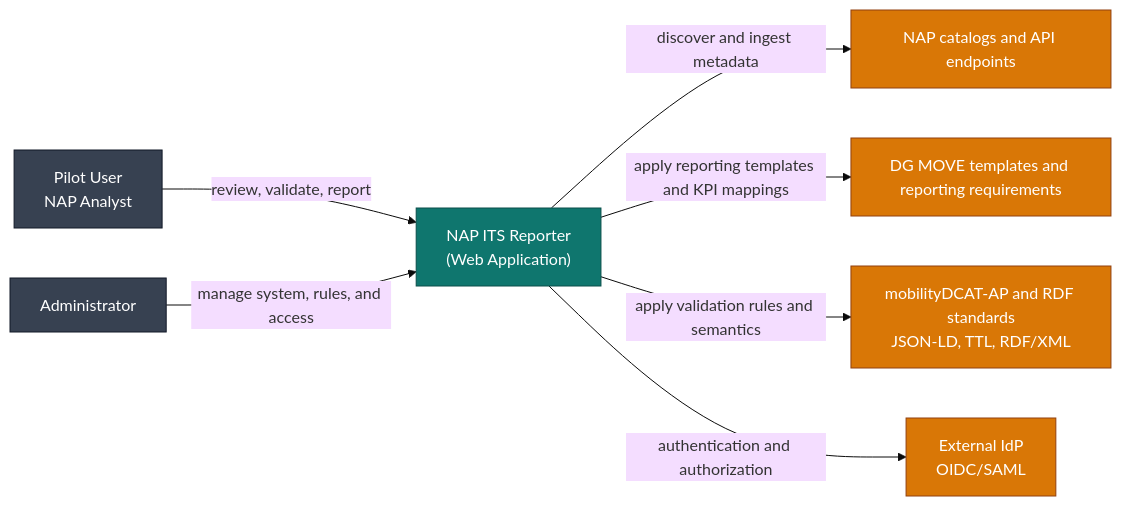
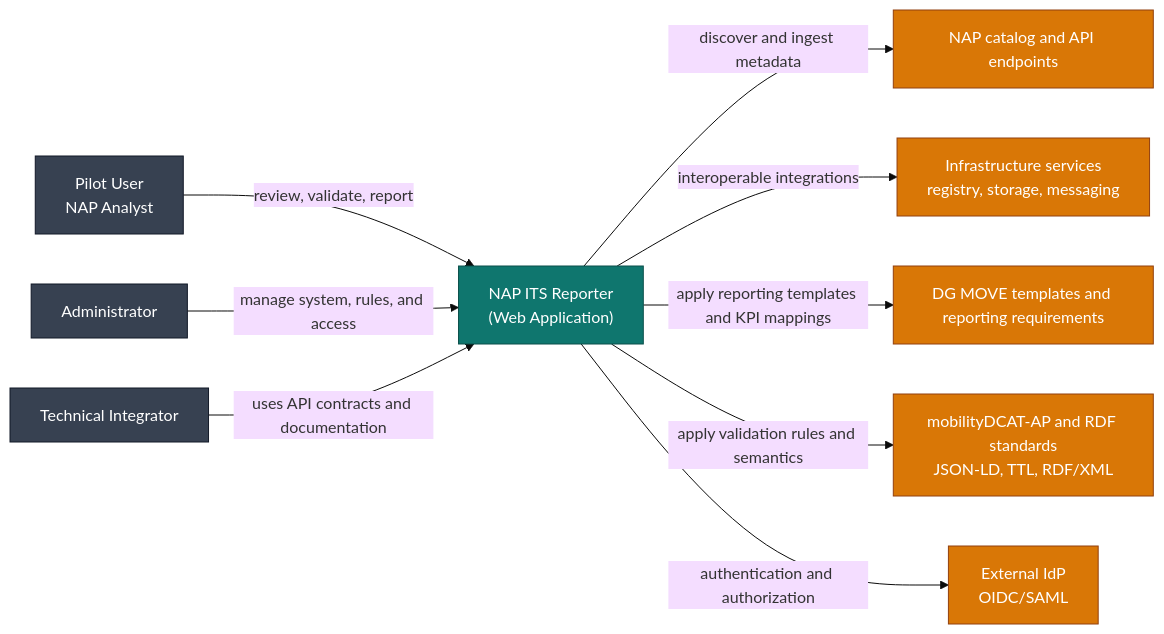
The first of 4 diagrams in Napcore-ITS-Reporting/docs/architecture/c4-design.md (UM-KGPI/Napcore-ITS-Reporting), drawn with Mermaid (base theme) before and after one commit. The commit also changed other lines of this file and 11 other files, not shown here.

Commit message:
Refine architecture diagrams against contract requirements

````diff
--- a/Napcore-ITS-Reporting/docs/architecture/c4-design.md
+++ b/Napcore-ITS-Reporting/docs/architecture/c4-design.md
@@ -9,24 +9,28 @@
 ```mermaid
 flowchart LR
     classDef system fill:#0b3d91,stroke:#08295f,color:#fff
     classDef app fill:#0f766e,stroke:#0a4f4a,color:#fff
     classDef ext fill:#d97706,stroke:#92400e,color:#fff
     classDef user fill:#374151,stroke:#111827,color:#fff
 
     U1[Pilot User\nNAP Analyst]:::user
     U2[Administrator]:::user
+    U3[Technical Integrator]:::user
 
     APP["NAP ITS Reporter\n(Web Application)"]:::app
 
-    NAP[NAP catalogs and API endpoints]:::ext
+    NAP[NAP catalog and API endpoints]:::ext
+    INFRA[Infrastructure services\nregistry, storage, messaging]:::ext
     DGMOVE[DG MOVE templates and reporting requirements]:::ext
     STD[mobilityDCAT-AP and RDF standards\nJSON-LD, TTL, RDF/XML]:::ext
     IDP[External IdP\nOIDC/SAML]:::ext
 
     U1 -->|review, validate, report| APP
     U2 -->|manage system, rules, and access| APP
+    U3 -->|uses API contracts and documentation| APP
     APP -->|discover and ingest metadata| NAP
+    APP -->|interoperable integrations| INFRA
     APP -->|apply reporting templates and KPI mappings| DGMOVE
     APP -->|apply validation rules and semantics| STD
     APP -->|authentication and authorization| IDP
 ```
````
